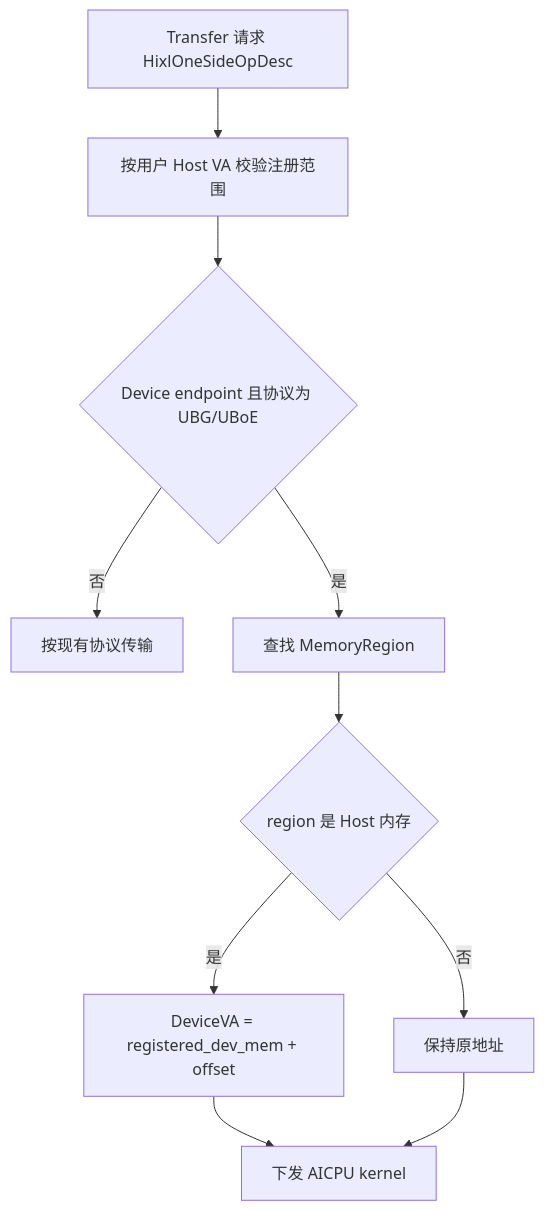
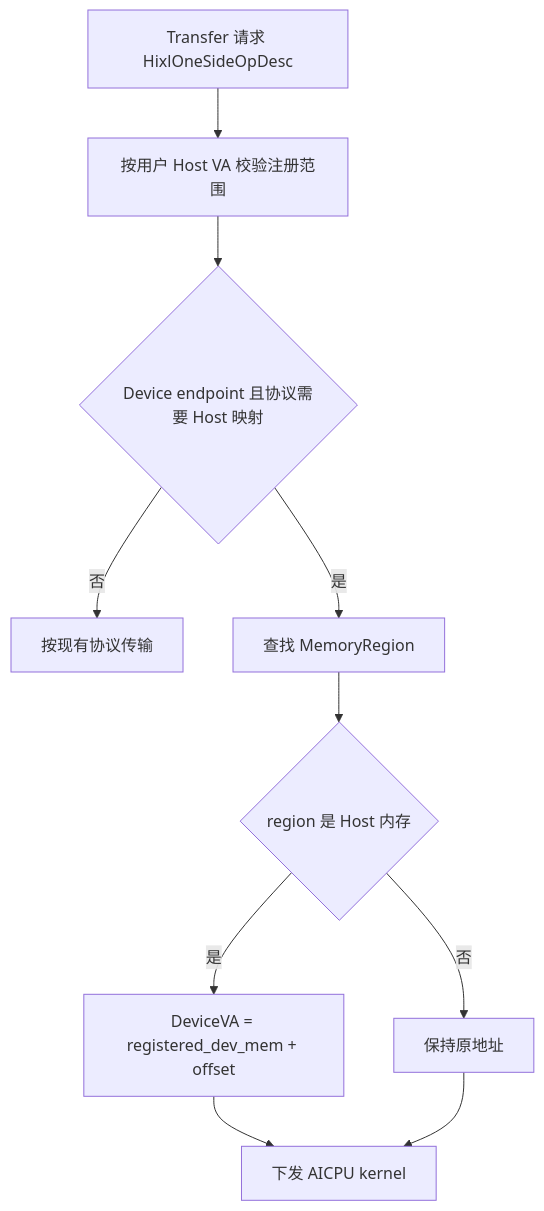
The fourth of 5 diagrams in docs/design/HIXL单边通信支持UBG需求开发设计.md (libochao-huawei/hixl), drawn with Mermaid before and after one commit. The commit also changed other lines of this file and 1 other file, not shown here.

````diff
--- a/docs/design/HIXL单边通信支持UBG需求开发设计.md
+++ b/docs/design/HIXL单边通信支持UBG需求开发设计.md
@@ -401,12 +451,12 @@
 ```mermaid
 flowchart TD
   TransferReq["Transfer 请求 HixlOneSideOpDesc"] --> Validate["按用户 Host VA 校验注册范围"]
-  Validate --> NeedConvert{"Device endpoint 且协议为 UBG/UBoE"}
+  Validate --> NeedConvert{"Device endpoint 且协议需要 Host 映射"}
   NeedConvert -->|否| NormalTransfer["按现有协议传输"]
   NeedConvert -->|是| FindRegion["查找 MemoryRegion"]
   FindRegion --> IsHost{"region 是 Host 内存"}
   IsHost -->|否| KeepAddr["保持原地址"]
   IsHost -->|是| ConvertAddr["DeviceVA = registered_dev_mem + offset"]
   ConvertAddr --> LaunchKernel["下发 AICPU kernel"]
   KeepAddr --> LaunchKernel
 ```
````
